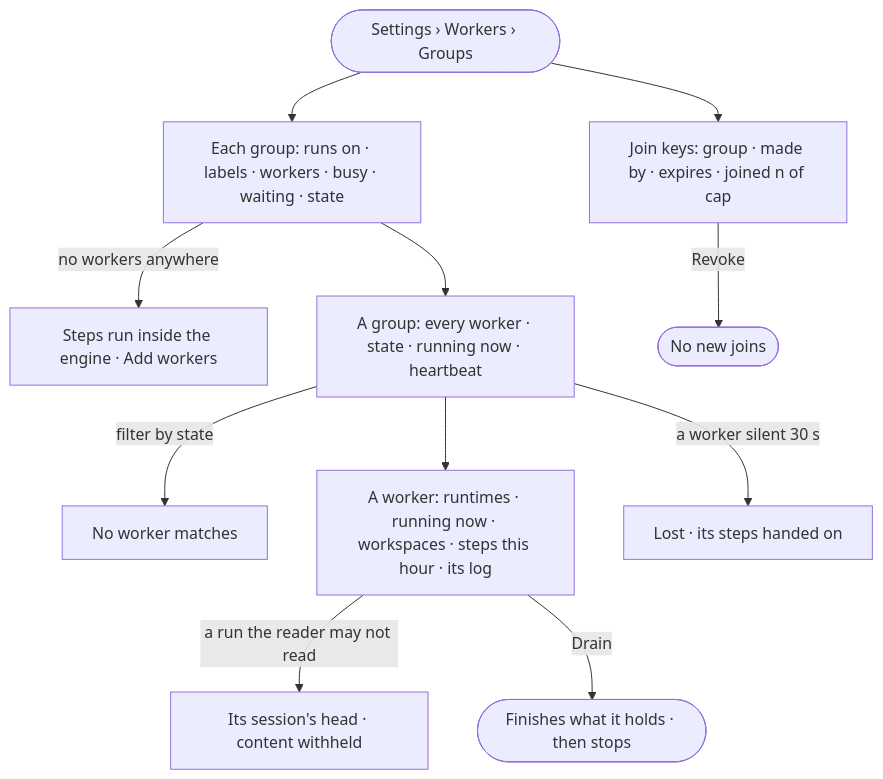
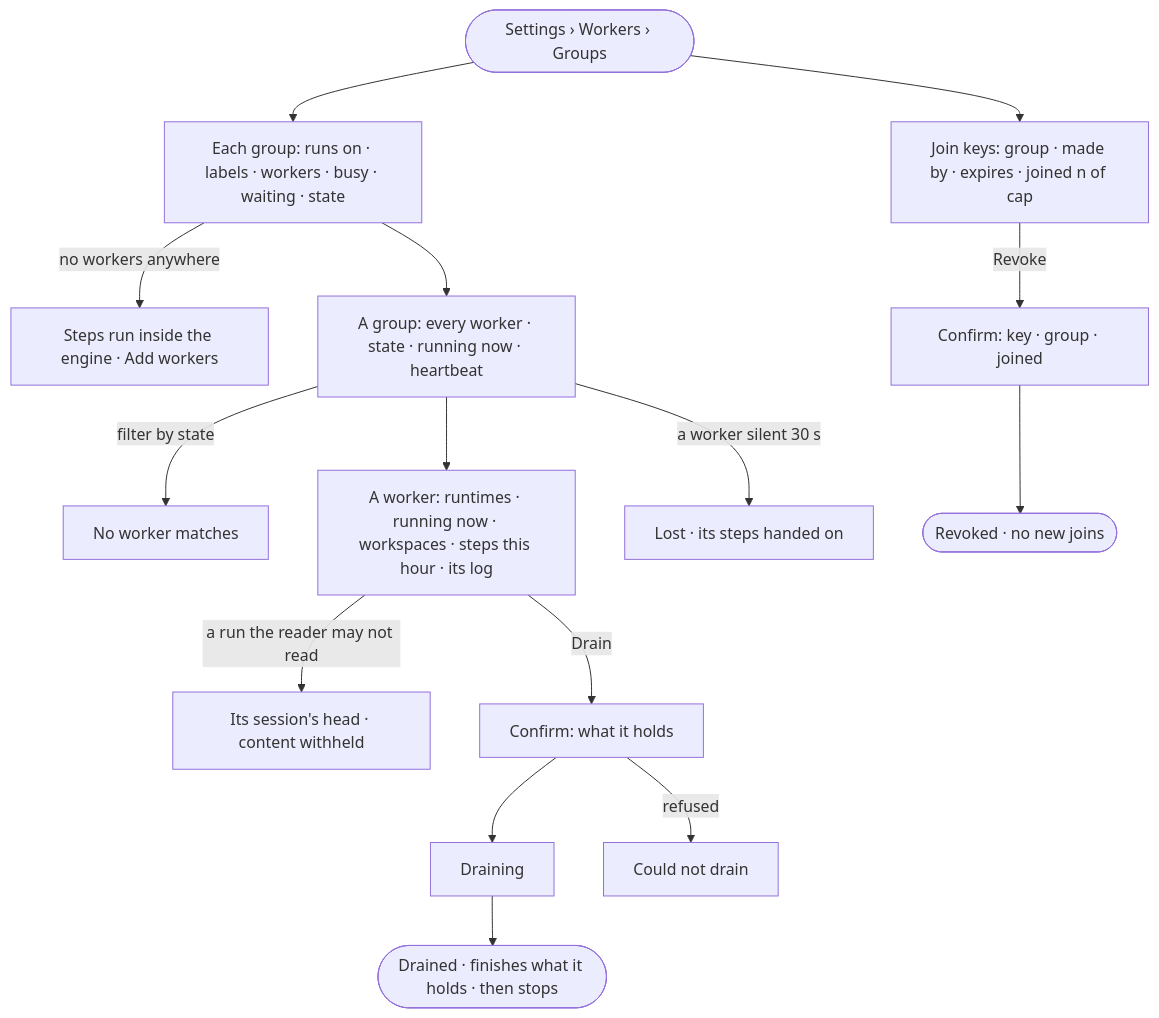
One commit to invana/invana changed the diagram in specs/os/control/features/CP-F03-workers-and-the-queue/stories/CP-09-see-every-worker-and-what-it-is-running/story.md. Above: the diagram before and after it, drawn with Mermaid. The commit also changed other lines of this file and 156 other files, not shown here.

Commit message:
wip(platform-design-3): P02 · steps 1-4 — section 4, E2E sweep, merges, flow boards, journeys

````diff
--- a/specs/os/control/features/CP-F03-workers-and-the-queue/stories/CP-09-see-every-worker-and-what-it-is-running/story.md
+++ b/specs/os/control/features/CP-F03-workers-and-the-queue/stories/CP-09-see-every-worker-and-what-it-is-running/story.md
@@ -27,13 +27,17 @@
 ```mermaid
 flowchart TD
   s([Settings › Workers › Groups]) --> g["Each group: runs on · labels · workers · busy · waiting · state"]
   g -->|no workers anywhere| nw["Steps run inside the engine · Add workers"]
   g --> grp["A group: every worker · state · running now · heartbeat"]
   grp -->|filter by state| f["No worker matches"]
   grp --> w["A worker: runtimes · running now · workspaces · steps this hour · its log"]
   w -->|a run the reader may not read| wh["Its session's head · content withheld"]
-  w -->|Drain| d(["Finishes what it holds · then stops"])
+  w -->|Drain| dc["Confirm: what it holds"]
+  dc --> dg["Draining"]
+  dg --> d(["Drained · finishes what it holds · then stops"])
+  dc -->|refused| df["Could not drain"]
   grp -->|a worker silent 30 s| lost["Lost · its steps handed on"]
   s --> keys["Join keys: group · made by · expires · joined n of cap"]
-  keys -->|Revoke| rv(["No new joins"])
+  keys -->|Revoke| rc["Confirm: key · group · joined"]
+  rc --> rv(["Revoked · no new joins"])
 ```
````
